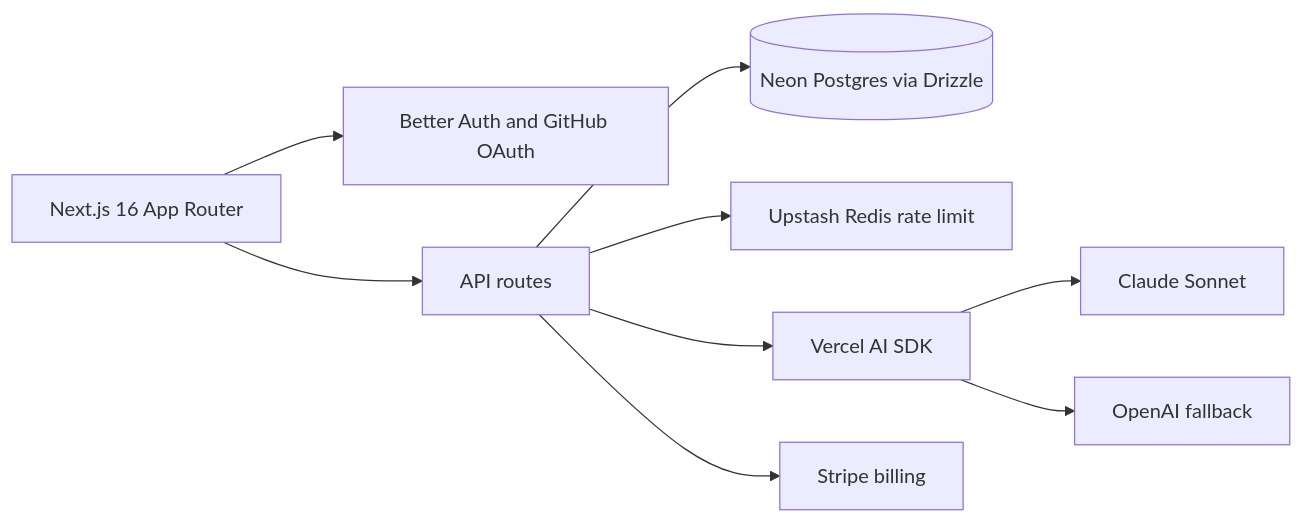
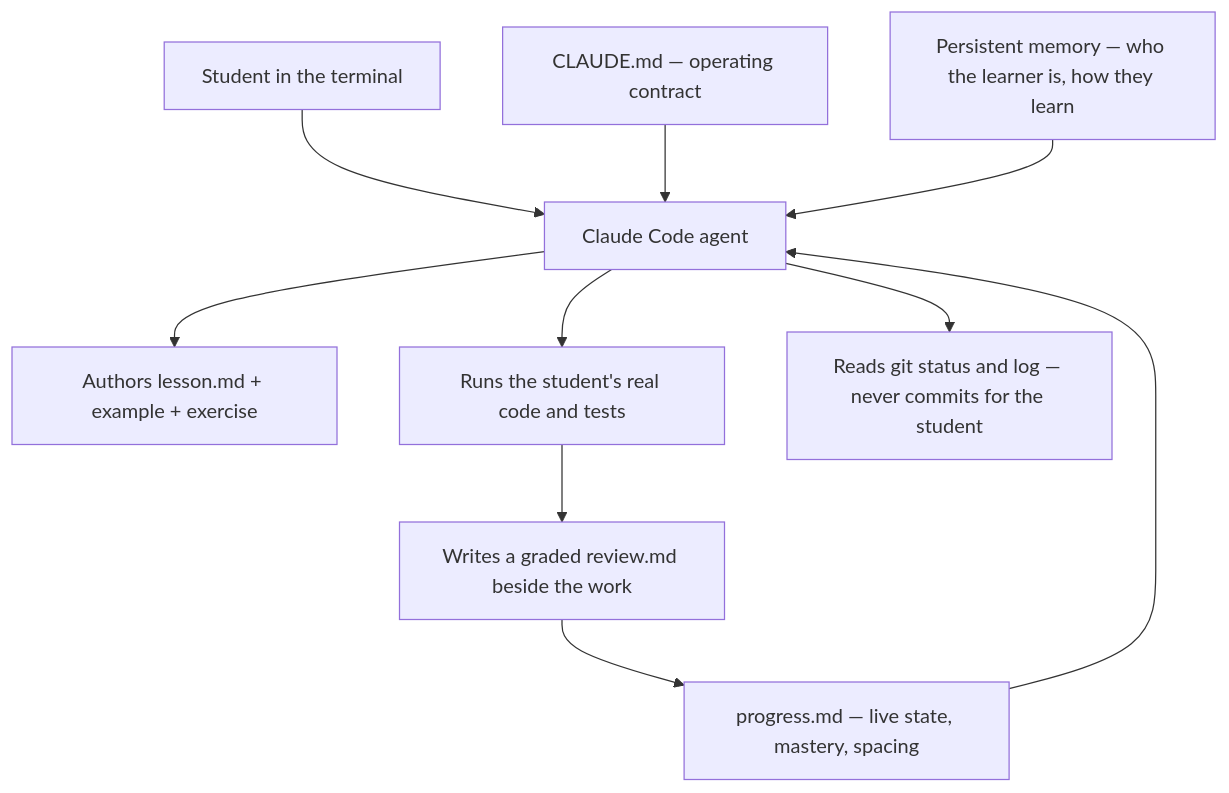
The first of 2 diagrams in README.md (jrletner/ai-code-coach-case-study), drawn with Mermaid before and after one commit. The commit also changed other lines of this file, not shown here.

Commit message:
Rewrite case study for the AI Code Coach Agent (Claude Code-based tutor) + new diagrams

````diff
--- a/README.md
+++ b/README.md
@@ -80,11 +69,12 @@
 ```mermaid
-flowchart LR
-  U[Next.js 16 App Router] --> AUTH[Better Auth and GitHub OAuth]
-  U --> API[API routes]
-  API --> DB[(Neon Postgres via Drizzle)]
-  API --> RL[Upstash Redis rate limit]
-  API --> AI[Vercel AI SDK]
-  AI --> CLAUDE[Claude Sonnet]
-  AI --> OPENAI[OpenAI fallback]
-  API --> STRIPE[Stripe billing]
+flowchart TD
+  S[Student in the terminal] --> AGENT[Claude Code agent]
+  RULES[CLAUDE.md — operating contract] --> AGENT
+  PROG[progress.md — live state, mastery, spacing] --> AGENT
+  MEM[Persistent memory — who the learner is, how they learn] --> AGENT
+  AGENT --> FILES[Authors lesson.md + example + exercise]
+  AGENT --> RUN[Runs the student's real code and tests]
+  RUN --> REVIEW[Writes a graded review.md beside the work]
+  REVIEW --> PROG
+  AGENT --> GIT[Reads git status and log — never commits for the student]
 ```
````
